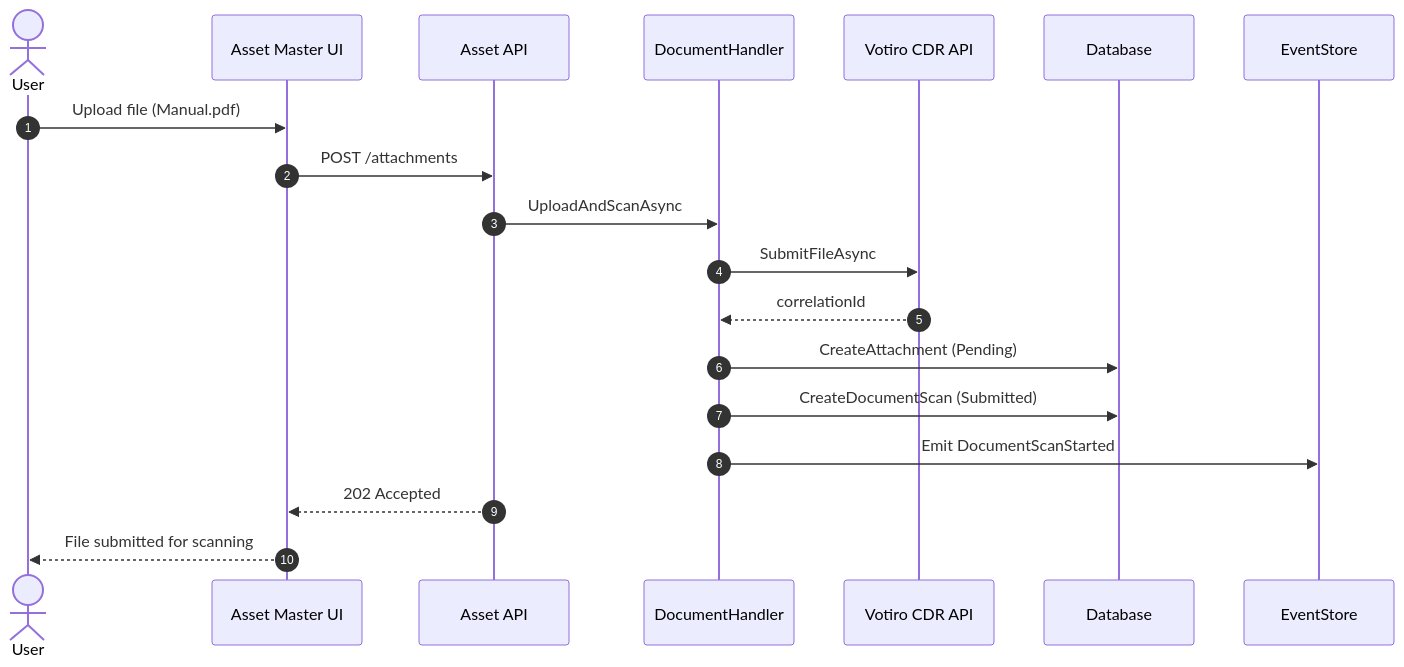
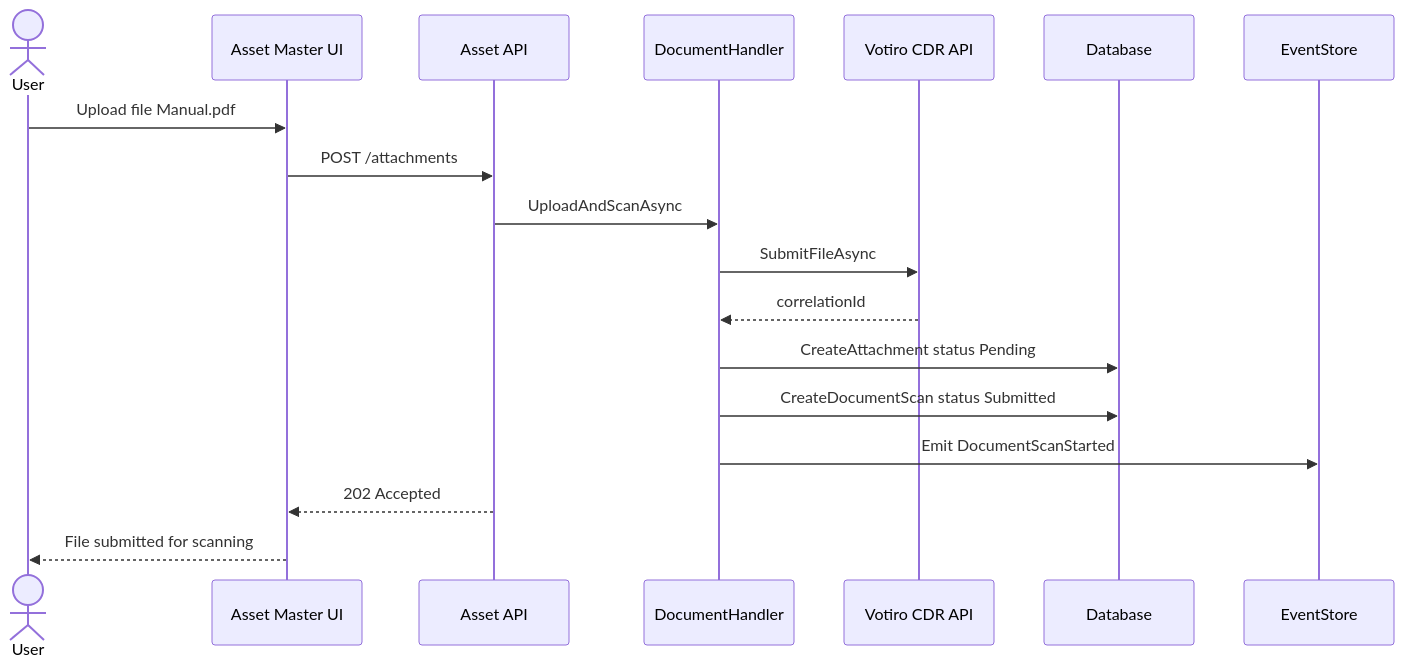
Before and after one commit to arup-ghosh-maersk/cia-lld: the fifth of 7 diagrams in asset-management/diagrams/02_Sequence_Diagrams.md, drawn with Mermaid. The commit also changed other lines of this file, not shown here.

````diff
--- a/asset-management/diagrams/02_Sequence_Diagrams.md
+++ b/asset-management/diagrams/02_Sequence_Diagrams.md
@@ -177,25 +175,24 @@
 ```mermaid
 sequenceDiagram
-    autonumber
     actor User
     participant UI as Asset Master UI
     participant API as Asset API
     participant DH as DocumentHandler
     participant VOTIRO as Votiro CDR API
     participant DB as Database
     participant ES as EventStore
 
-    User->>UI: Upload file (Manual.pdf)
+    User->>UI: Upload file Manual.pdf
     UI->>API: POST /attachments
     API->>DH: UploadAndScanAsync
 
     DH->>VOTIRO: SubmitFileAsync
     VOTIRO-->>DH: correlationId
 
-    DH->>DB: CreateAttachment (Pending)
-    DH->>DB: CreateDocumentScan (Submitted)
+    DH->>DB: CreateAttachment status Pending
+    DH->>DB: CreateDocumentScan status Submitted
 
     DH->>ES: Emit DocumentScanStarted
     API-->>UI: 202 Accepted
     UI-->>User: File submitted for scanning
 ```
````
